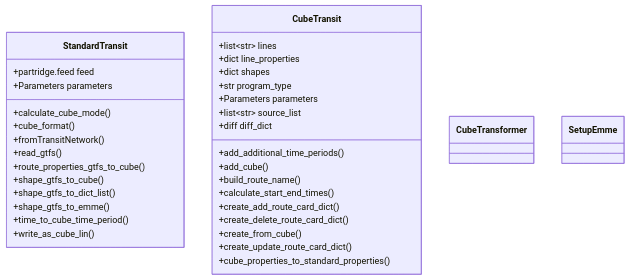
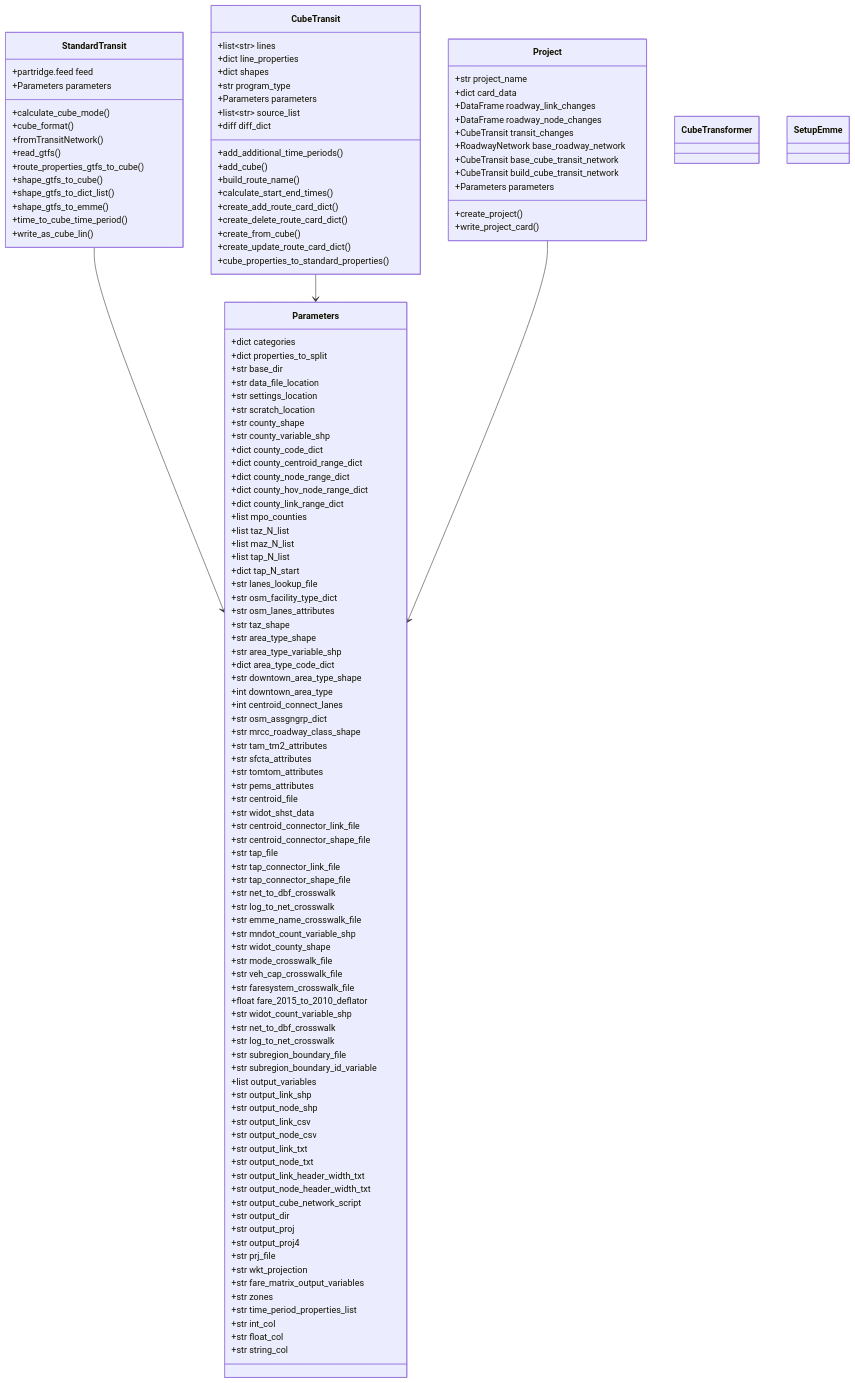
One commit to BayAreaMetro/network_wrangler changed the second of 2 diagrams in architecture.md. Above: the diagram before and after it, drawn with Mermaid.

````diff
--- a/architecture.md
+++ b/architecture.md
@@ -142,5 +124,104 @@
 ```mermaid
 classDiagram
+  StandardTransit --> Parameters
+  CubeTransit --> Parameters
+  Project --> Parameters
+
+  class Parameters {
+    +dict categories
+    +dict properties_to_split
+    +str base_dir
+    +str data_file_location
+    +str settings_location
+    +str scratch_location
+    +str county_shape
+    +str county_variable_shp
+    +dict county_code_dict
+    +dict county_centroid_range_dict
+    +dict county_node_range_dict
+    +dict county_hov_node_range_dict
+    +dict county_link_range_dict
+    +list mpo_counties
+    +list taz_N_list
+    +list maz_N_list
+    +list tap_N_list
+    +dict tap_N_start
+    +str lanes_lookup_file
+    +str osm_facility_type_dict
+    +str osm_lanes_attributes
+    +str taz_shape
+    +str area_type_shape
+    +str area_type_variable_shp
+    +dict area_type_code_dict
+    +str downtown_area_type_shape
+    +int downtown_area_type
+    +int centroid_connect_lanes
+    +str osm_assgngrp_dict
+    +str mrcc_roadway_class_shape
+    +str tam_tm2_attributes
+    +str sfcta_attributes
+    +str tomtom_attributes
+    +str pems_attributes
+    +str centroid_file
+    +str widot_shst_data
+    +str centroid_connector_link_file
+    +str centroid_connector_shape_file
+    +str tap_file
+    +str tap_connector_link_file
+    +str tap_connector_shape_file
+    +str net_to_dbf_crosswalk
+    +str log_to_net_crosswalk
+    +str emme_name_crosswalk_file
+    +str mndot_count_variable_shp
+    +str widot_county_shape
+    +str mode_crosswalk_file
+    +str veh_cap_crosswalk_file
+    +str faresystem_crosswalk_file
+    +float fare_2015_to_2010_deflator
+    +str widot_count_variable_shp
+    +str net_to_dbf_crosswalk
+    +str log_to_net_crosswalk
+    +str subregion_boundary_file
+    +str subregion_boundary_id_variable
+    +list output_variables
+    +str output_link_shp
+    +str output_node_shp
+    +str output_link_csv
+    +str output_node_csv
+    +str output_link_txt
+    +str output_node_txt
+    +str output_link_header_width_txt
+    +str output_node_header_width_txt
+    +str output_cube_network_script
+    +str output_dir
+    +str output_proj
+    +str output_proj4
+    +str prj_file
+    +str wkt_projection
+    +str fare_matrix_output_variables
+    +str zones
+    +str time_period_properties_list
+    +str int_col
+    +str float_col
+    +str string_col
+  }
+  link Parameters "https://bayareametro.github.io/Lasso/_generated/lasso.Parameters/" "lasso.Parameters"
+
+  class Project {
+    +str project_name
+    +dict card_data
+    +DataFrame roadway_link_changes
+    +DataFrame roadway_node_changes
+    +CubeTransit transit_changes
+    +RoadwayNetwork base_roadway_network
+    +CubeTransit base_cube_transit_network
+    +CubeTransit build_cube_transit_network
+    +Parameters parameters
+    +create_project()
+    +write_project_card()
+  }
+  link Project "https://bayareametro.github.io/Lasso/_generated/lasso.Project/" "lasso.Project"
+
   class StandardTransit {
    +partridge.feed feed
    +Parameters parameters
````
